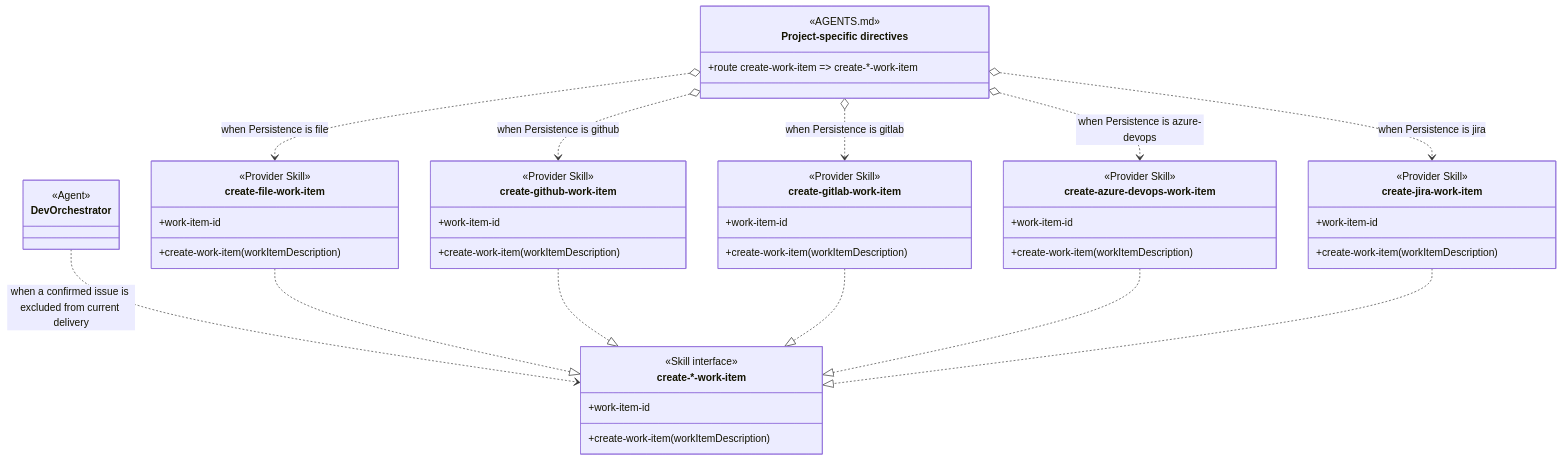
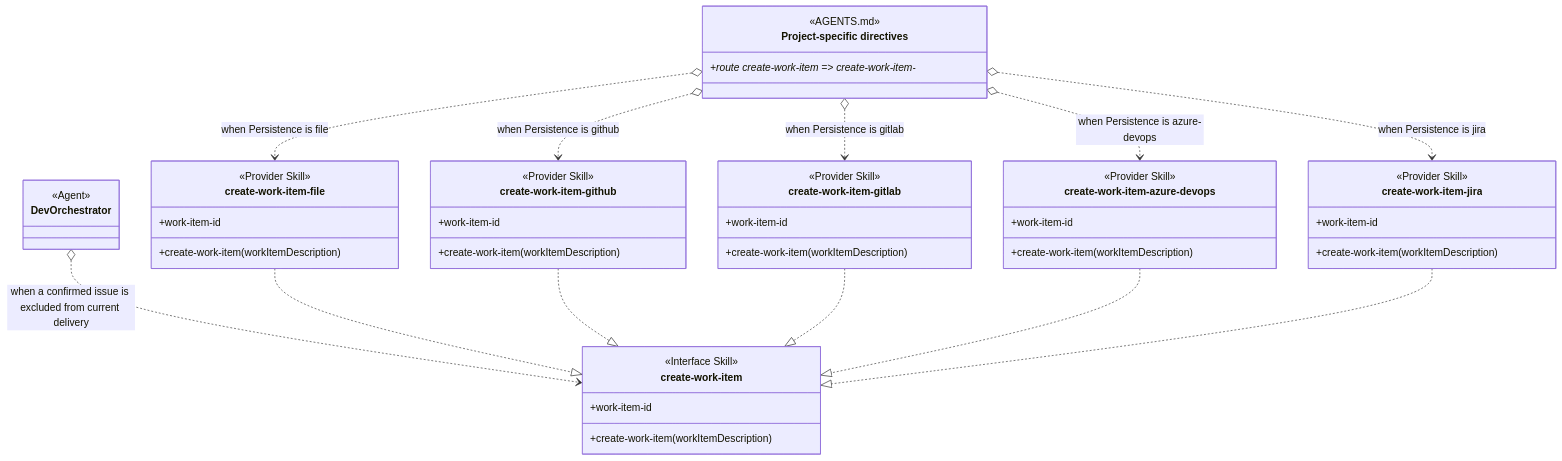
Before and after one commit to martinbechard/dev-methodology: the third of 6 diagrams in design/skill-groups/concurrent-tasking.md, drawn with Mermaid. The commit also changed other lines of this file and 49 other files, not shown here.

First line of the commit message:
Align work-item creation provider names

````diff
--- a/design/skill-groups/concurrent-tasking.md
+++ b/design/skill-groups/concurrent-tasking.md
@@ -164,67 +164,67 @@
 ```mermaid
 classDiagram
     direction TB
 
     class DevOrchestrator {
         <<Agent>>
     }
 
-    class CreateWorkItem["create-*-work-item"] {
-        <<Skill interface>>
+    class CreateWorkItem["create-work-item"] {
+        <<Interface Skill>>
         +work-item-id
         +create-work-item(workItemDescription)
     }
 
     class project-specific-directives["Project-specific directives"] {
         <<AGENTS.md>>
         <<routing>>
-        +route create-work-item => create-*-work-item
+        +route create-work-item => create-work-item-*
     }
 
-    class create-file-work-item {
+    class create-work-item-file {
         <<Provider Skill>>
         <<Cross-group>>
         +work-item-id
         +create-work-item(workItemDescription)
     }
 
-    class create-github-work-item {
+    class create-work-item-github {
         <<Provider Skill>>
         <<Cross-group>>
         +work-item-id
         +create-work-item(workItemDescription)
     }
 
-    class create-gitlab-work-item {
+    class create-work-item-gitlab {
         <<Provider Skill>>
         <<Cross-group>>
         +work-item-id
         +create-work-item(workItemDescription)
     }
 
-    class create-azure-devops-work-item {
+    class create-work-item-azure-devops {
         <<Provider Skill>>
         <<Cross-group>>
         +work-item-id
         +create-work-item(workItemDescription)
     }
 
-    class create-jira-work-item {
+    class create-work-item-jira {
         <<Provider Skill>>
         <<Cross-group>>
         +work-item-id
         +create-work-item(workItemDescription)
     }
 
-    DevOrchestrator ..> CreateWorkItem : when a confirmed issue is excluded from current delivery
-    project-specific-directives o..> create-file-work-item : when Persistence is file
-    project-specific-directives o..> create-github-work-item : when Persistence is github
-    project-specific-directives o..> create-gitlab-work-item : when Persistence is gitlab
-    project-specific-directives o..> create-azure-devops-work-item : when Persistence is azure-devops
-    project-specific-directives o..> create-jira-work-item : when Persistence is jira
-    create-file-work-item ..|> CreateWorkItem
-    create-github-work-item ..|> CreateWorkItem
-    create-gitlab-work-item ..|> CreateWorkItem
-    create-azure-devops-work-item ..|> CreateWorkItem
-    create-jira-work-item ..|> CreateWorkItem
+    DevOrchestrator o..> CreateWorkItem : when a confirmed issue is excluded from current delivery
+    project-specific-directives o..> create-work-item-file : when Persistence is file
+    project-specific-directives o..> create-work-item-github : when Persistence is github
+    project-specific-directives o..> create-work-item-gitlab : when Persistence is gitlab
+    project-specific-directives o..> create-work-item-azure-devops : when Persistence is azure-devops
+    project-specific-directives o..> create-work-item-jira : when Persistence is jira
+    create-work-item-file ..|> CreateWorkItem
+    create-work-item-github ..|> CreateWorkItem
+    create-work-item-gitlab ..|> CreateWorkItem
+    create-work-item-azure-devops ..|> CreateWorkItem
+    create-work-item-jira ..|> CreateWorkItem
 ```
````
